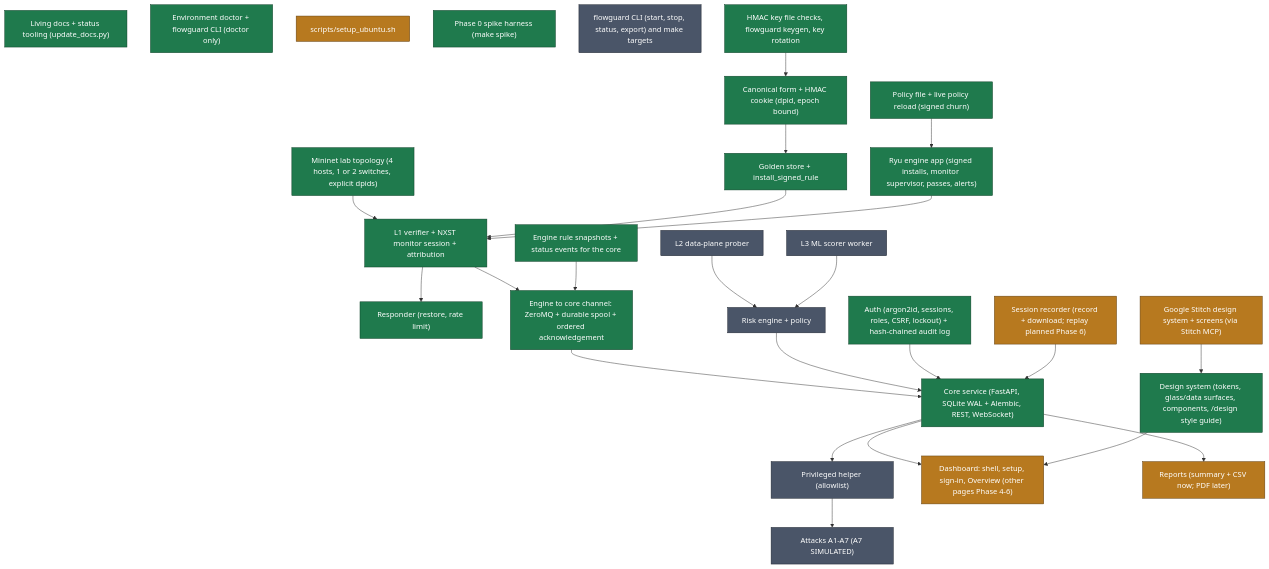
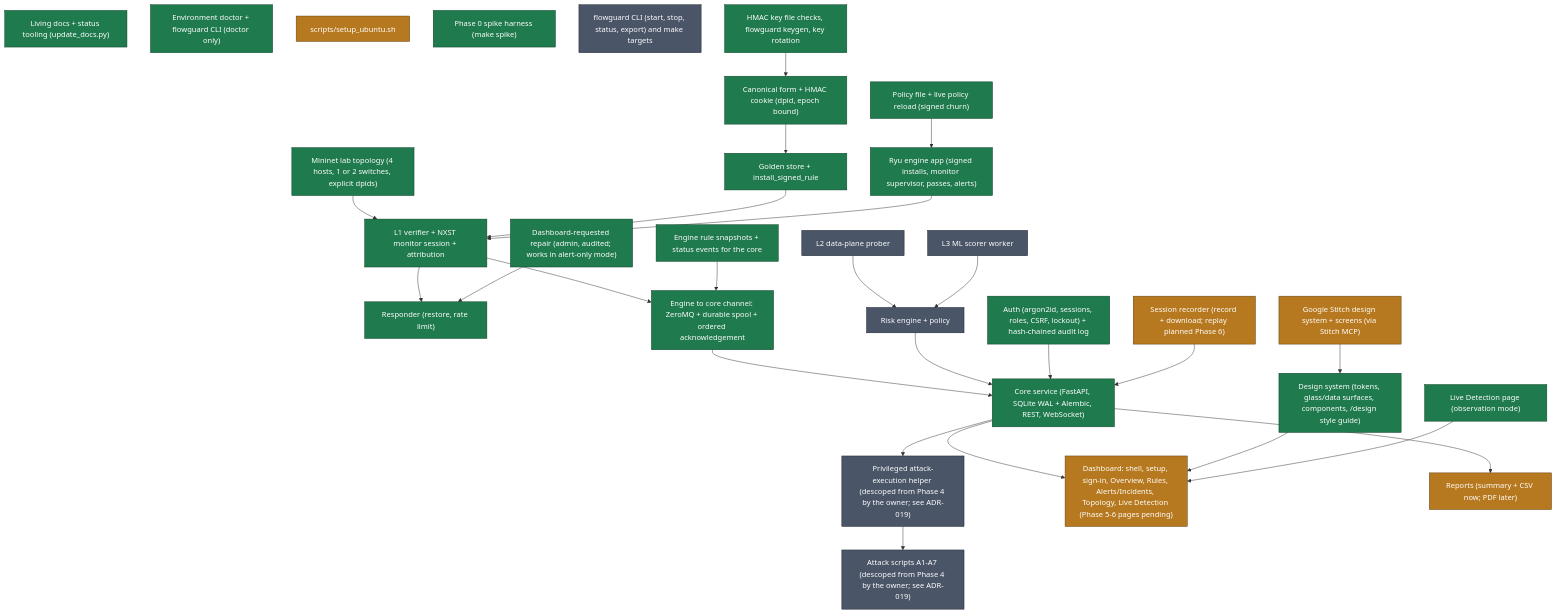
Before and after one commit to RKG765/flowguard: the diagram in docs/graphs/components_status.mmd, drawn with Mermaid. The commit also changed 53 other files, not shown here.

First line of the commit message:
Phase 4: core pages and Live Detection (observation mode)

```diff
--- a/docs/graphs/components_status.mmd
+++ b/docs/graphs/components_status.mmd
@@ -1,56 +1,60 @@
 flowchart TB
   docs_tooling["Living docs + status tooling (update_docs.py)"]:::implemented
   doctor["Environment doctor + flowguard CLI (doctor only)"]:::implemented
   setup_script["scripts/setup_ubuntu.sh"]:::partial
   lab_topology["Mininet lab topology (4 hosts, 1 or 2 switches, explicit dpids)"]:::implemented
   spike_harness["Phase 0 spike harness (make spike)"]:::implemented
   engine_crypto["Canonical form + HMAC cookie (dpid, epoch bound)"]:::implemented
   engine_store["Golden store + install_signed_rule"]:::implemented
   engine_verifier["L1 verifier + NXST monitor session + attribution"]:::implemented
   engine_responder["Responder (restore, rate limit)"]:::implemented
   event_channel["Engine to core channel: ZeroMQ + durable spool + ordered acknowledgement"]:::implemented
   core_service["Core service (FastAPI, SQLite WAL + Alembic, REST, WebSocket)"]:::implemented
   core_auth["Auth (argon2id, sessions, roles, CSRF, lockout) + hash-chained audit log"]:::implemented
-  helper["Privileged helper (allowlist)"]:::planned
-  attacks["Attacks A1-A7 (A7 SIMULATED)"]:::planned
+  helper["Privileged attack-execution helper (descoped from Phase 4 by the owner; see ADR-019)"]:::planned
+  attacks["Attack scripts A1-A7 (descoped from Phase 4 by the owner; see ADR-019)"]:::planned
   web_design_system["Design system (tokens, glass/data surfaces, components, /design style guide)"]:::implemented
-  web_pages["Dashboard: shell, setup, sign-in, Overview (other pages Phase 4-6)"]:::partial
+  web_pages["Dashboard: shell, setup, sign-in, Overview, Rules, Alerts/Incidents, Topology, Live Detection (Phase 5-6 pages pending)"]:::partial
   engine_prober["L2 data-plane prober"]:::planned
   ml_worker["L3 ML scorer worker"]:::planned
   risk_engine["Risk engine + policy"]:::planned
   reports["Reports (summary + CSV now; PDF later)"]:::partial
   packaging["flowguard CLI (start, stop, status, export) and make targets"]:::planned
   engine_app["Ryu engine app (signed installs, monitor supervisor, passes, alerts)"]:::implemented
   engine_policy["Policy file + live policy reload (signed churn)"]:::implemented
   key_management["HMAC key file checks, flowguard keygen, key rotation"]:::implemented
   core_recordings["Session recorder (record + download; replay planned Phase 6)"]:::partial
   engine_snapshots["Engine rule snapshots + status events for the core"]:::implemented
   stitch_designs["Google Stitch design system + screens (via Stitch MCP)"]:::partial
+  live_detection["Live Detection page (observation mode)"]:::implemented
+  manual_repair["Dashboard-requested repair (admin, audited; works in alert-only mode)"]:::implemented
   lab_topology --> engine_verifier
   engine_crypto --> engine_store
   engine_store --> engine_verifier
   engine_verifier --> engine_responder
   engine_verifier --> event_channel
   engine_prober --> risk_engine
   ml_worker --> risk_engine
   event_channel --> core_service
   risk_engine --> core_service
   core_auth --> core_service
   core_service --> web_pages
   web_design_system --> web_pages
   core_service --> helper
   helper --> attacks
   core_service --> reports
   engine_app --> engine_verifier
   engine_policy --> engine_app
   key_management --> engine_crypto
   engine_snapshots --> event_channel
   core_recordings --> core_service
   stitch_designs --> web_design_system
+  live_detection --> web_pages
+  manual_repair --> engine_responder
   classDef done fill:#1f7a4d,stroke:#0b3d24,color:#ffffff;
   classDef in_progress fill:#b7791f,stroke:#5c3b0d,color:#ffffff;
   classDef not_started fill:#4a5568,stroke:#1a202c,color:#ffffff;
   classDef blocked fill:#c53030,stroke:#63171b,color:#ffffff;
   classDef implemented fill:#1f7a4d,stroke:#0b3d24,color:#ffffff;
   classDef partial fill:#b7791f,stroke:#5c3b0d,color:#ffffff;
   classDef planned fill:#4a5568,stroke:#1a202c,color:#ffffff;
```
